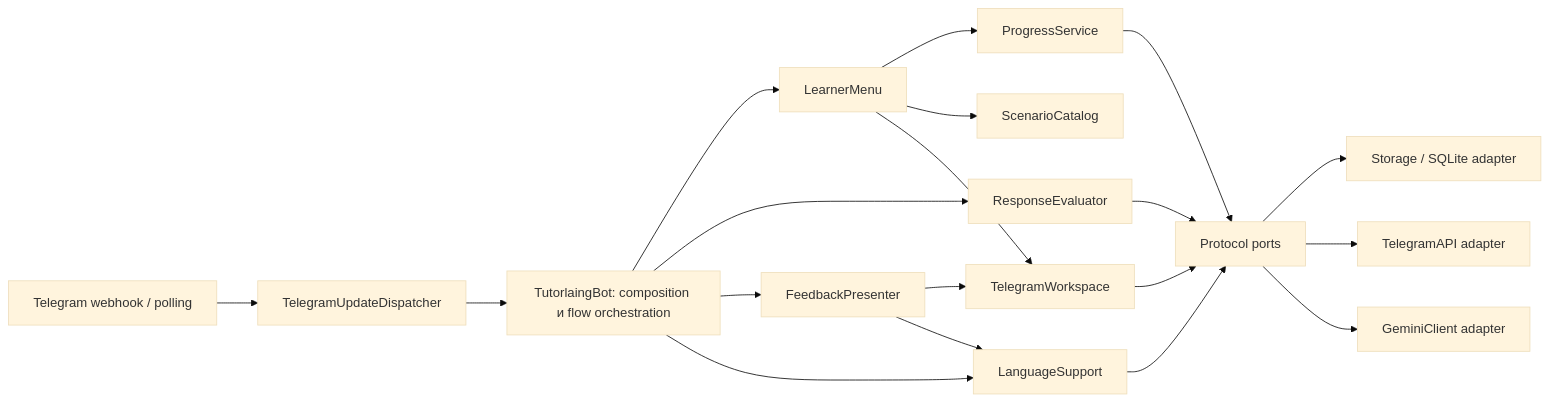
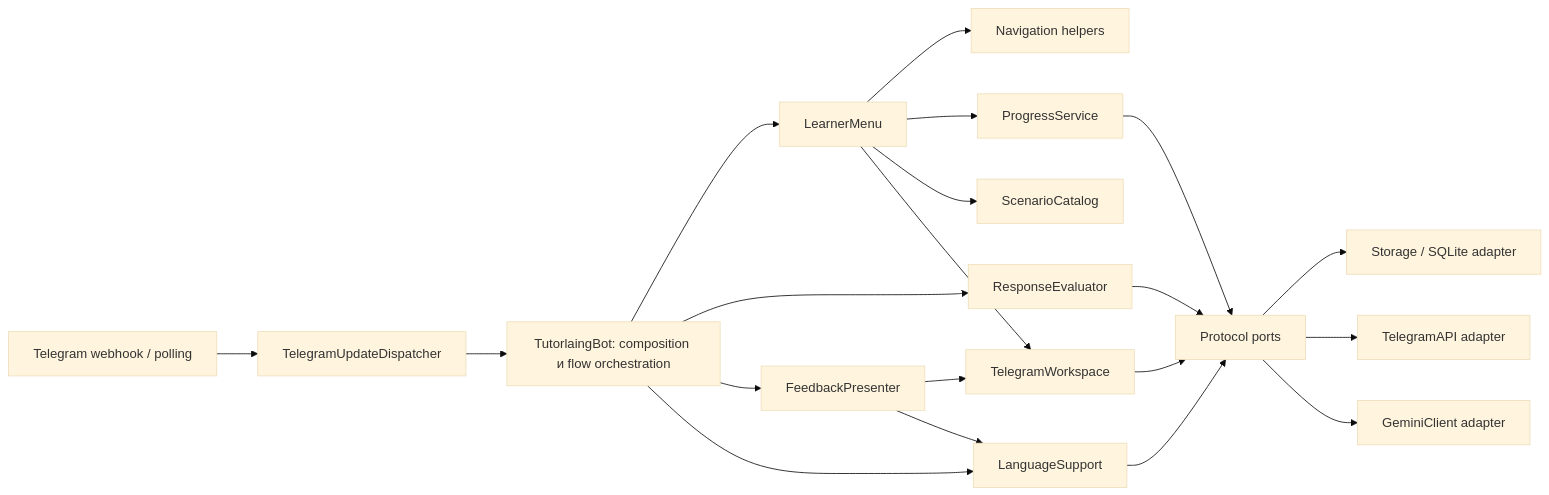
The diagram in docs/ARCHITECTURE.md (890su/tutorlaing), drawn with Mermaid (base theme) before and after one commit. The commit also changed other lines of this file and 14 other files, not shown here.

````diff
--- a/docs/ARCHITECTURE.md
+++ b/docs/ARCHITECTURE.md
@@ -37,21 +37,22 @@
 ```mermaid
 flowchart LR
     TG["Telegram webhook / polling"] --> UD["TelegramUpdateDispatcher"]
     UD --> BOT["TutorlaingBot: composition и flow orchestration"]
     BOT --> MENU["LearnerMenu"]
+    MENU --> NAV["Navigation helpers"]
     BOT --> EVAL["ResponseEvaluator"]
     BOT --> FB["FeedbackPresenter"]
     BOT --> LANG["LanguageSupport"]
     MENU --> PROG["ProgressService"]
     MENU --> CAT["ScenarioCatalog"]
     MENU --> WS["TelegramWorkspace"]
     FB --> WS
     FB --> LANG
     EVAL --> PORTS["Protocol ports"]
     PROG --> PORTS
     LANG --> PORTS
     WS --> PORTS
     PORTS --> DB["Storage / SQLite adapter"]
     PORTS --> API["TelegramAPI adapter"]
     PORTS --> GEM["GeminiClient adapter"]
 ```
````
